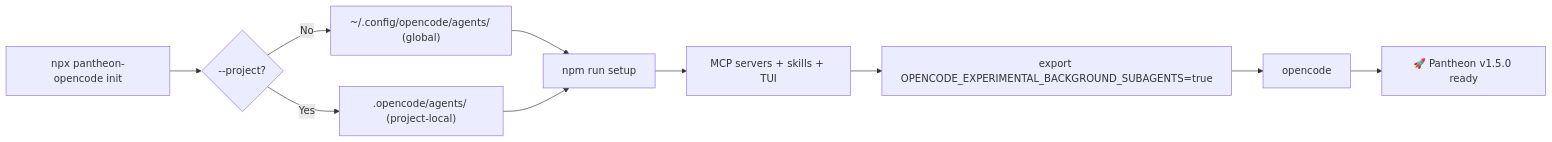
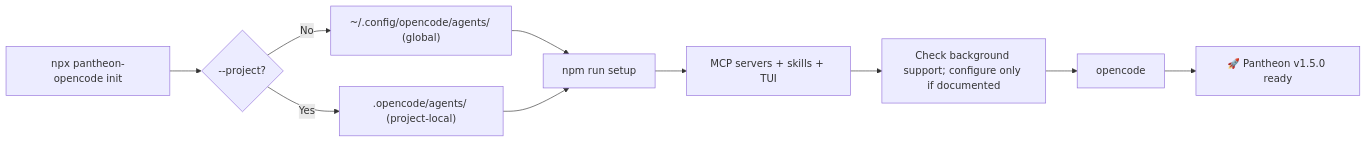
The first of 3 diagrams in docs/INSTALLATION.md (bfs2021/pantheon-opencode), drawn with Mermaid before and after one commit. The commit also changed other lines of this file and 73 other files, not shown here.

````diff
--- a/docs/INSTALLATION.md
+++ b/docs/INSTALLATION.md
@@ -806,12 +898,12 @@
 ```mermaid
 flowchart LR
     A["npx pantheon-opencode init"] --> B{"--project?"}
     B -->|No| C["~/.config/opencode/agents/ (global)"]
     B -->|Yes| D[".opencode/agents/ (project-local)"]
     C --> E["npm run setup"]
     D --> E
     E --> F["MCP servers + skills + TUI"]
-    F --> G["export OPENCODE_EXPERIMENTAL_BACKGROUND_SUBAGENTS=true"]
+    F --> G["Check background support; configure only if documented"]
     G --> H["opencode"]
     H --> I["🚀 Pantheon v1.5.0 ready"]
 ```
````
